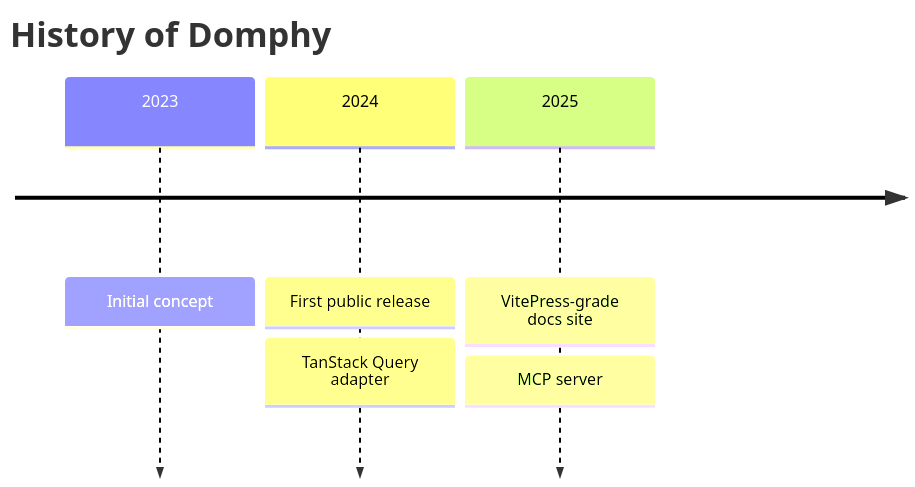
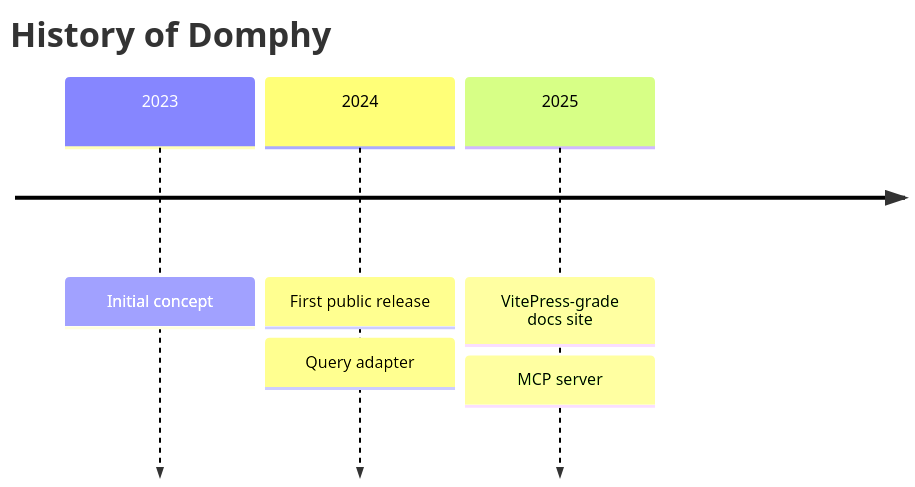
The tenth of 14 diagrams in apps/web/docs/mermaid/diagrams.md (domphy/domphy), drawn with Mermaid before and after one commit. The commit also changed 34 other files, not shown here.

First line of the commit message:
docs: remove TanStack origin mentions from all docs and READMEs

````diff
--- a/apps/web/docs/mermaid/diagrams.md
+++ b/apps/web/docs/mermaid/diagrams.md
@@ -151,9 +151,9 @@
 ```mermaid
 timeline
   title History of Domphy
   2023 : Initial concept
   2024 : First public release
-       : TanStack Query adapter
+       : Query adapter
   2025 : VitePress-grade docs site
        : MCP server
 ```
````
